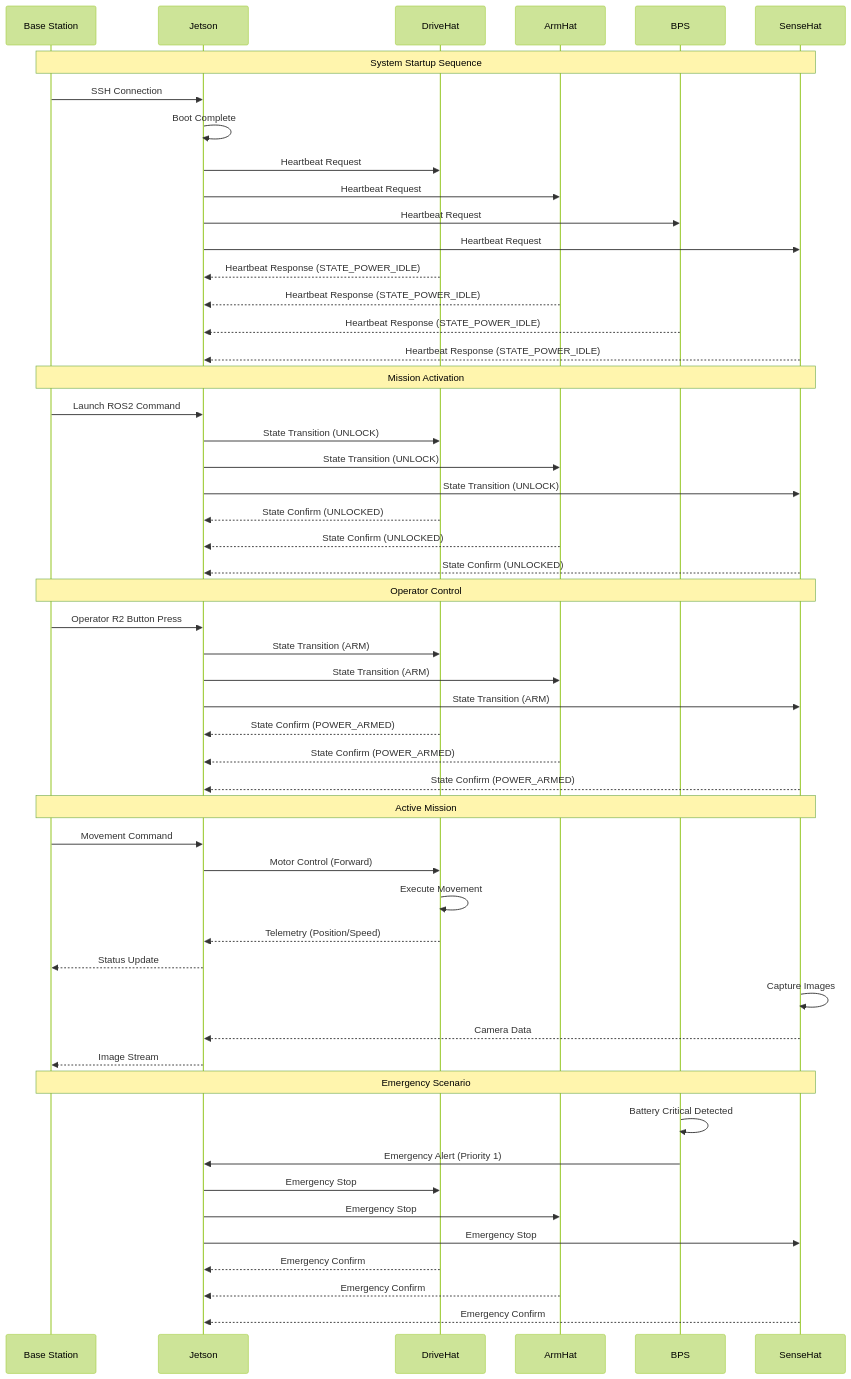
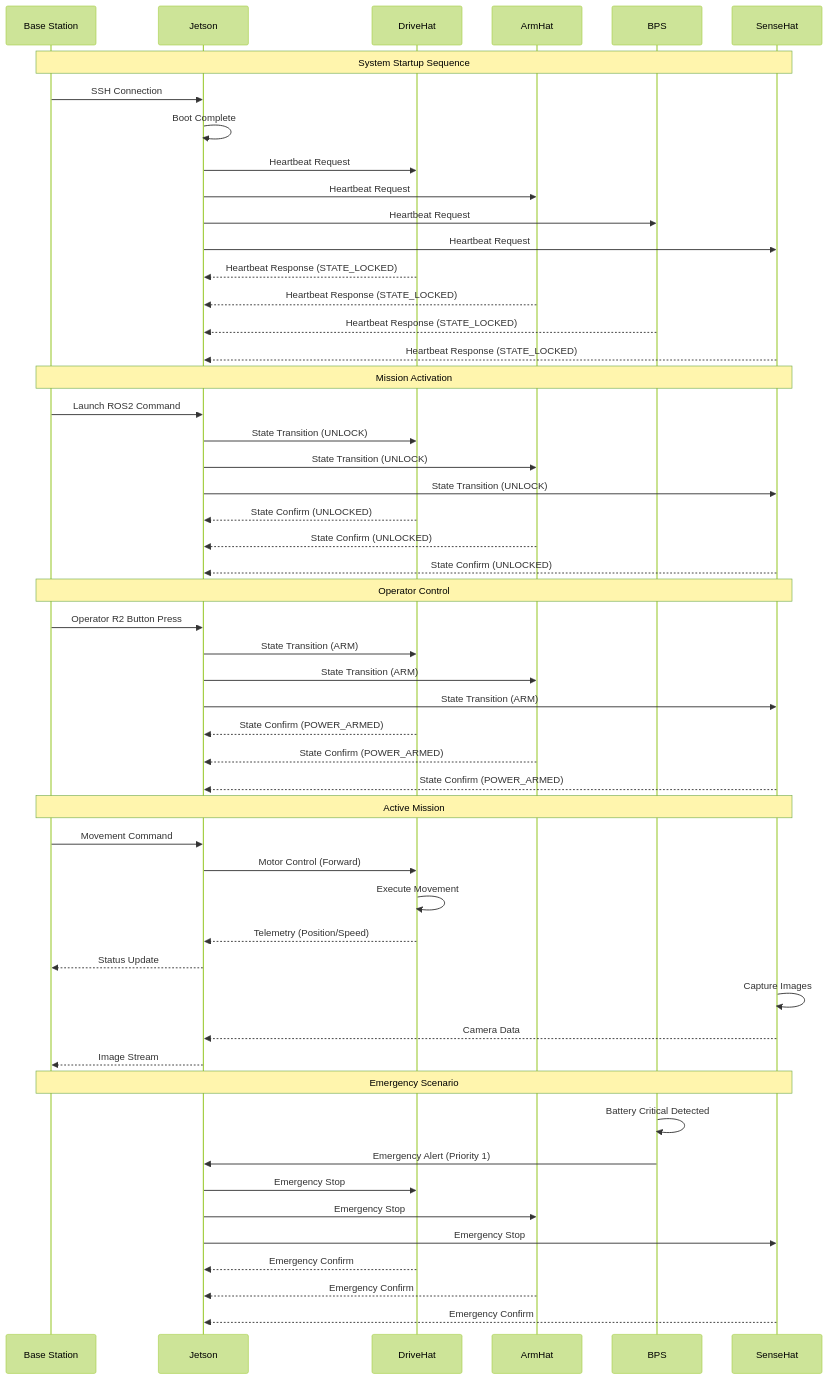
Before and after one commit to AryanRai/SIRI-Elec: the fourth of 8 diagrams in architecture.md, drawn with Mermaid (forest theme). The commit also changed other lines of this file and 4 other files, not shown here.

````diff
--- a/architecture.md
+++ b/architecture.md
@@ -203,64 +203,64 @@
 ```mermaid
 sequenceDiagram
     participant BS as Base Station
     participant J as Jetson
     participant D as DriveHat
     participant A as ArmHat
     participant B as BPS
     participant S as SenseHat
     
     Note over BS,S: System Startup Sequence
     BS->>J: SSH Connection
     J->>J: Boot Complete
     J->>D: Heartbeat Request
     J->>A: Heartbeat Request
     J->>B: Heartbeat Request
     J->>S: Heartbeat Request
     
-    D-->>J: Heartbeat Response (STATE_POWER_IDLE)
-    A-->>J: Heartbeat Response (STATE_POWER_IDLE)
-    B-->>J: Heartbeat Response (STATE_POWER_IDLE)
-    S-->>J: Heartbeat Response (STATE_POWER_IDLE)
+    D-->>J: Heartbeat Response (STATE_LOCKED)
+    A-->>J: Heartbeat Response (STATE_LOCKED)
+    B-->>J: Heartbeat Response (STATE_LOCKED)
+    S-->>J: Heartbeat Response (STATE_LOCKED)
     
     Note over BS,S: Mission Activation
     BS->>J: Launch ROS2 Command
     J->>D: State Transition (UNLOCK)
     J->>A: State Transition (UNLOCK)
     J->>S: State Transition (UNLOCK)
     
     D-->>J: State Confirm (UNLOCKED)
     A-->>J: State Confirm (UNLOCKED)
     S-->>J: State Confirm (UNLOCKED)
     
     Note over BS,S: Operator Control
     BS->>J: Operator R2 Button Press
     J->>D: State Transition (ARM)
     J->>A: State Transition (ARM)
     J->>S: State Transition (ARM)
     
     D-->>J: State Confirm (POWER_ARMED)
     A-->>J: State Confirm (POWER_ARMED)
     S-->>J: State Confirm (POWER_ARMED)
     
     Note over BS,S: Active Mission
     BS->>J: Movement Command
     J->>D: Motor Control (Forward)
     D->>D: Execute Movement
     D-->>J: Telemetry (Position/Speed)
     J-->>BS: Status Update
     
     S->>S: Capture Images
     S-->>J: Camera Data
     J-->>BS: Image Stream
     
     Note over BS,S: Emergency Scenario
     B->>B: Battery Critical Detected
     B->>J: Emergency Alert (Priority 1)
     J->>D: Emergency Stop
     J->>A: Emergency Stop
     J->>S: Emergency Stop
     
     D-->>J: Emergency Confirm
     A-->>J: Emergency Confirm
     S-->>J: Emergency Confirm
 ```
````
